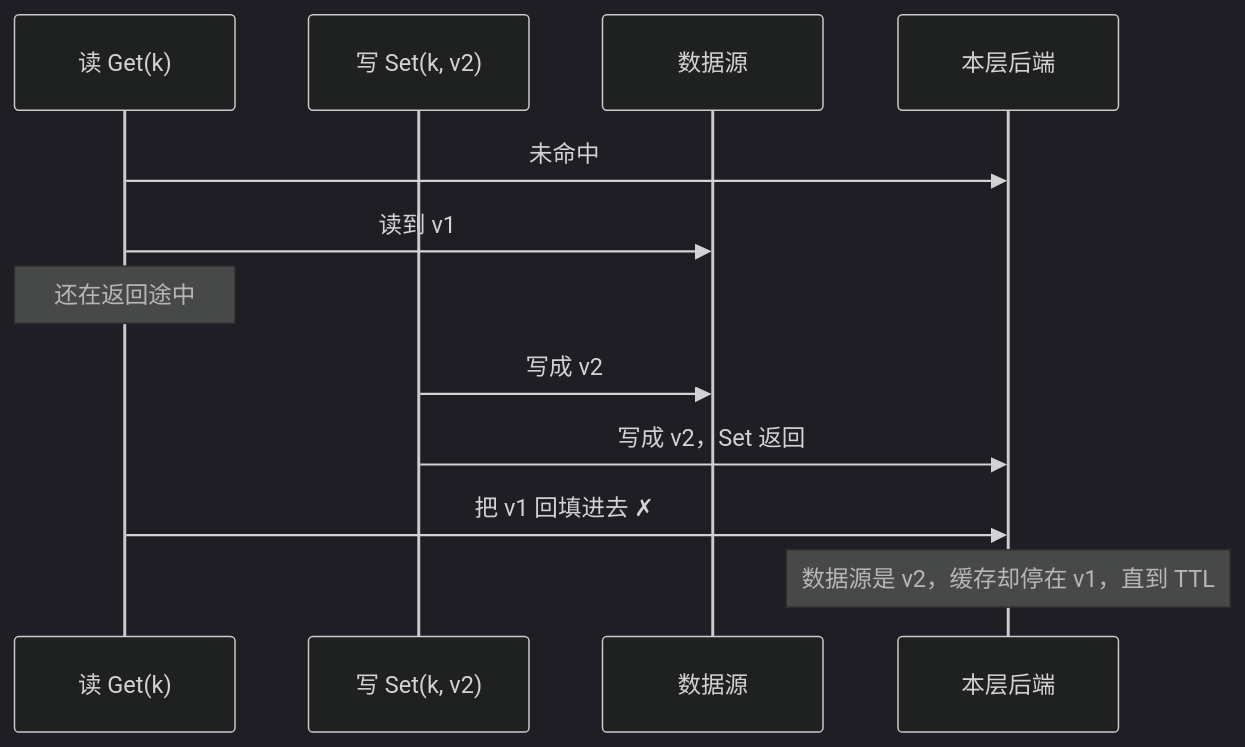
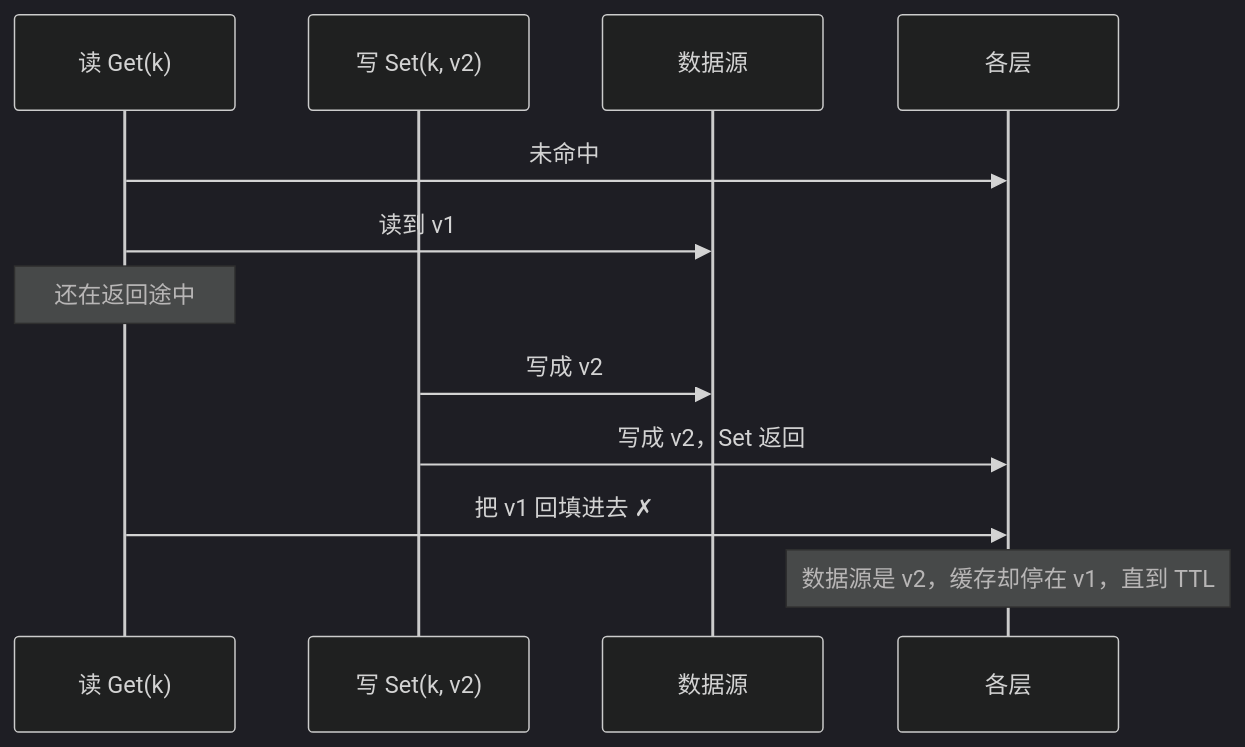
Before and after one commit to theplant/cachex: the second of 8 diagrams in docs/design/write-order.md, drawn with Mermaid (dark theme). The commit also changed other lines of this file and 19 other files, not shown here.

````diff
--- a/docs/design/write-order.md
+++ b/docs/design/write-order.md
@@ -74,14 +71,14 @@
 ```mermaid
 sequenceDiagram
     participant R as 读 Get(k)
     participant W as 写 Set(k, v2)
     participant DB as 数据源
-    participant B as 本层后端
-    R->>B: 未命中
+    participant L as 各层
+    R->>L: 未命中
     R->>DB: 读到 v1
     Note over R: 还在返回途中
     W->>DB: 写成 v2
-    W->>B: 写成 v2，Set 返回
-    R->>B: 把 v1 回填进去 ✗
-    Note over B: 数据源是 v2，缓存却停在 v1，直到 TTL
+    W->>L: 写成 v2，Set 返回
+    R->>L: 把 v1 回填进去 ✗
+    Note over L: 数据源是 v2，缓存却停在 v1，直到 TTL
 ```
````
